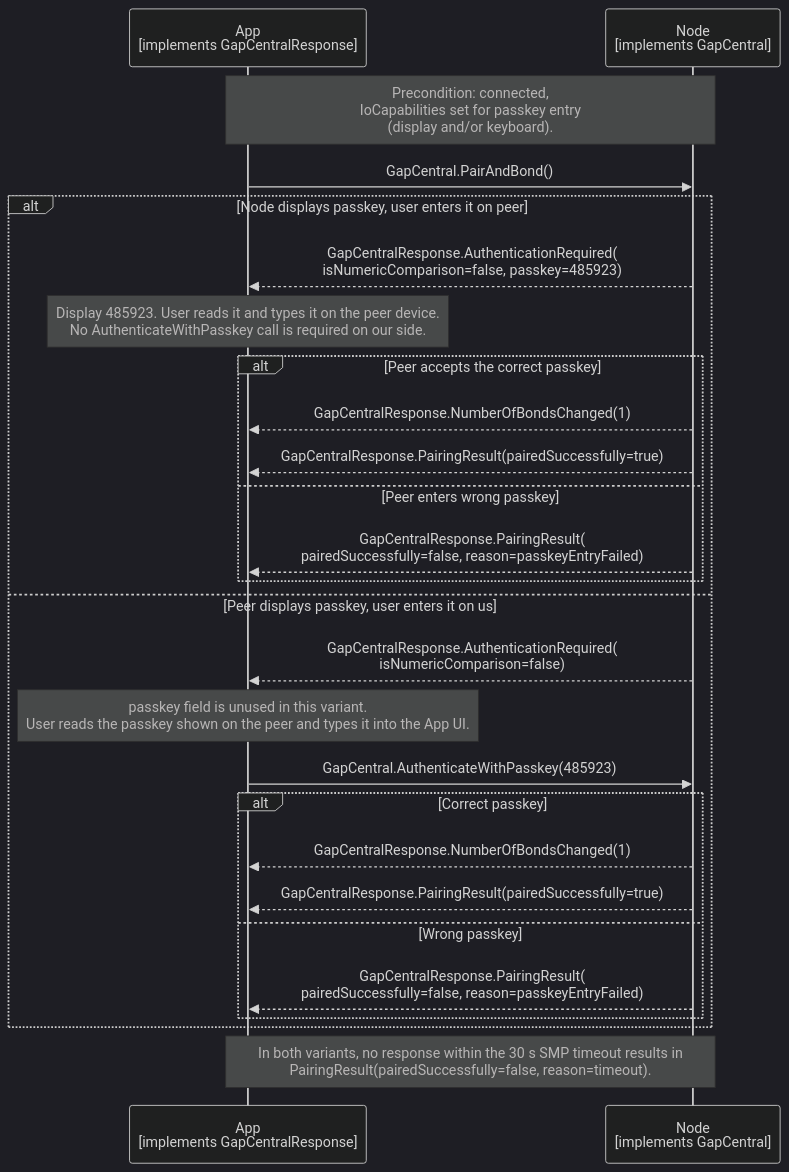
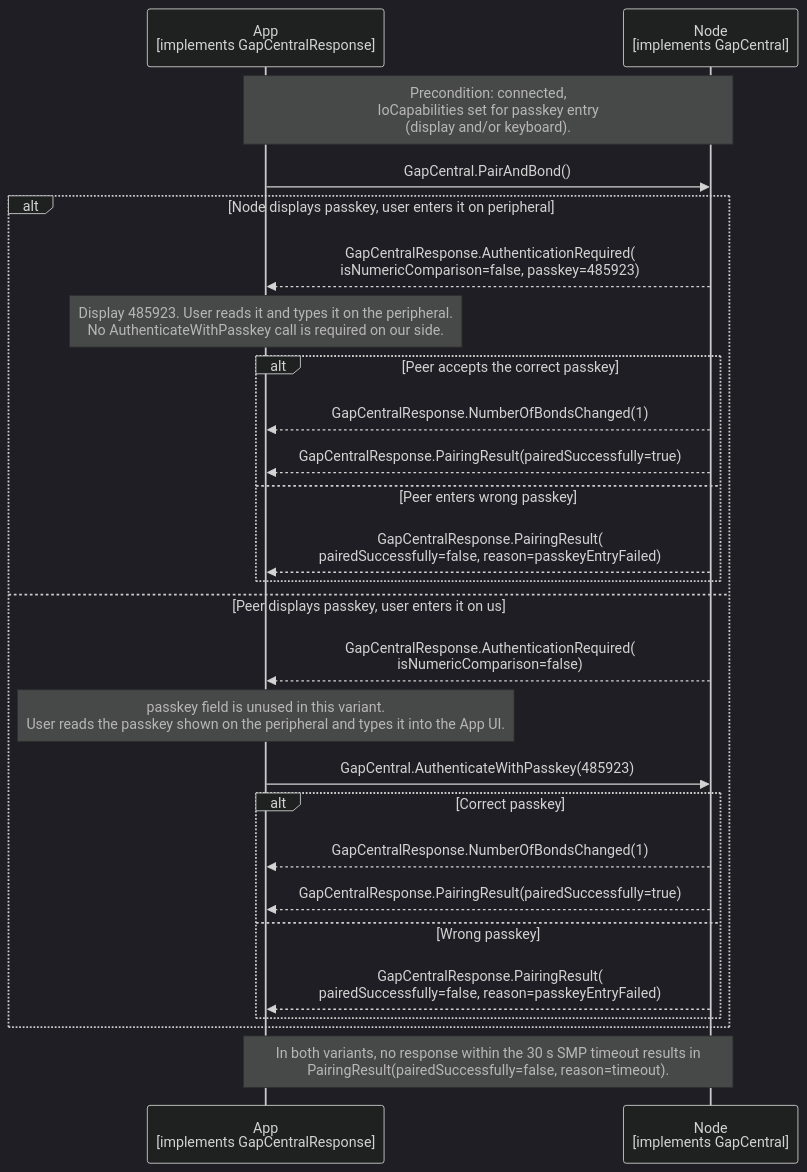
One commit to philips-software/amp-embedded-infra-lib changed the diagram in documents/modules/ROOT/partials/echoservices/gap_central/GapCentral_PasskeyAuthentication_sequence.mmd. Above: the diagram before and after it, drawn with Mermaid (dark theme). The commit also changed 32 other files, not shown here.

Commit message:
apply feedback on gap uml diagrams

```diff
--- a/documents/modules/ROOT/partials/echoservices/gap_central/GapCentral_PasskeyAuthentication_sequence.mmd
+++ b/documents/modules/ROOT/partials/echoservices/gap_central/GapCentral_PasskeyAuthentication_sequence.mmd
@@ -1,33 +1,33 @@
 sequenceDiagram
     participant App as App<br>[implements GapCentralResponse]
     participant Node as Node<br>[implements GapCentral]
 
     Note over App, Node: Precondition: connected,<br>IoCapabilities set for passkey entry<br>(display and/or keyboard).
 
     App->>Node: GapCentral.PairAndBond()
 
-    alt Node displays passkey, user enters it on peer
+    alt Node displays passkey, user enters it on peripheral
         Node-->>App: GapCentralResponse.AuthenticationRequired(<br>isNumericComparison=false, passkey=485923)
-        Note over App: Display 485923. User reads it and types it on the peer device.<br>No AuthenticateWithPasskey call is required on our side.
+        Note over App: Display 485923. User reads it and types it on the peripheral.<br>No AuthenticateWithPasskey call is required on our side.
 
         alt Peer accepts the correct passkey
             Node-->>App: GapCentralResponse.NumberOfBondsChanged(1)
             Node-->>App: GapCentralResponse.PairingResult(pairedSuccessfully=true)
         else Peer enters wrong passkey
             Node-->>App: GapCentralResponse.PairingResult(<br>pairedSuccessfully=false, reason=passkeyEntryFailed)
         end
     else Peer displays passkey, user enters it on us
         Node-->>App: GapCentralResponse.AuthenticationRequired(<br>isNumericComparison=false)
-        Note over App: passkey field is unused in this variant.<br>User reads the passkey shown on the peer and types it into the App UI.
+        Note over App: passkey field is unused in this variant.<br>User reads the passkey shown on the peripheral and types it into the App UI.
 
         App->>Node: GapCentral.AuthenticateWithPasskey(485923)
 
         alt Correct passkey
             Node-->>App: GapCentralResponse.NumberOfBondsChanged(1)
             Node-->>App: GapCentralResponse.PairingResult(pairedSuccessfully=true)
         else Wrong passkey
             Node-->>App: GapCentralResponse.PairingResult(<br>pairedSuccessfully=false, reason=passkeyEntryFailed)
         end
     end
 
     Note over App, Node: In both variants, no response within the 30 s SMP timeout results in<br>PairingResult(pairedSuccessfully=false, reason=timeout).
```
